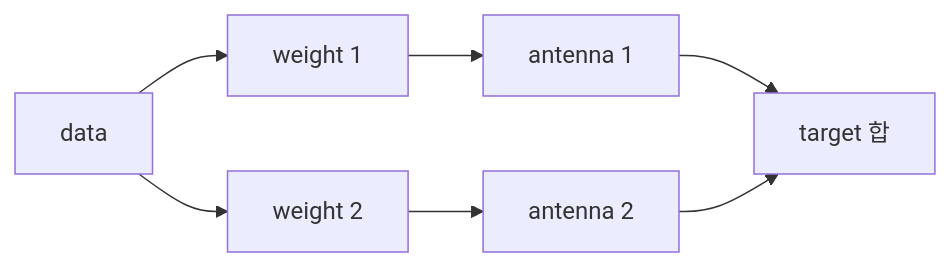
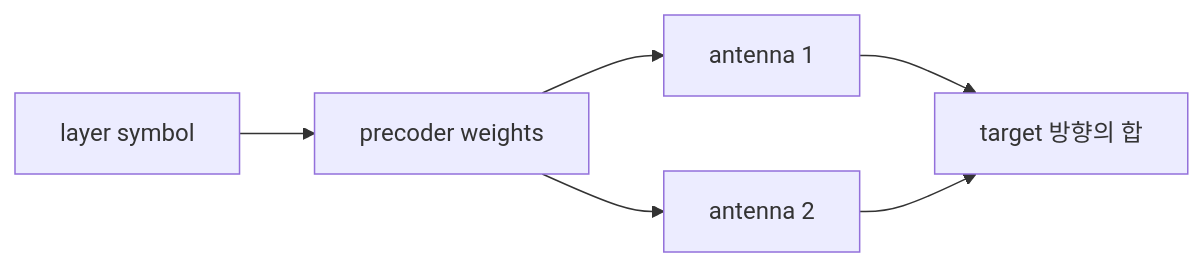
The diagram in learning/wireless-communications/07-antennas-mimo-and-beamforming.md (mj006648/netai-devsecops-runbook), drawn with Mermaid before and after one commit. The commit also changed other lines of this file and 24 other files, not shown here.

````diff
--- a/learning/wireless-communications/07-antennas-mimo-and-beamforming.md
+++ b/learning/wireless-communications/07-antennas-mimo-and-beamforming.md
@@ -74,9 +62,8 @@
 ```mermaid
 flowchart LR
-    D[data] --> W1[weight 1]
-    D --> W2[weight 2]
-    W1 --> A1[antenna 1]
-    W2 --> A2[antenna 2]
-    A1 --> U[target 합]
+    L[layer symbol] --> P[precoder weights]
+    P --> A1[antenna 1]
+    P --> A2[antenna 2]
+    A1 --> U[target 방향의 합]
     A2 --> U
 ```
````
